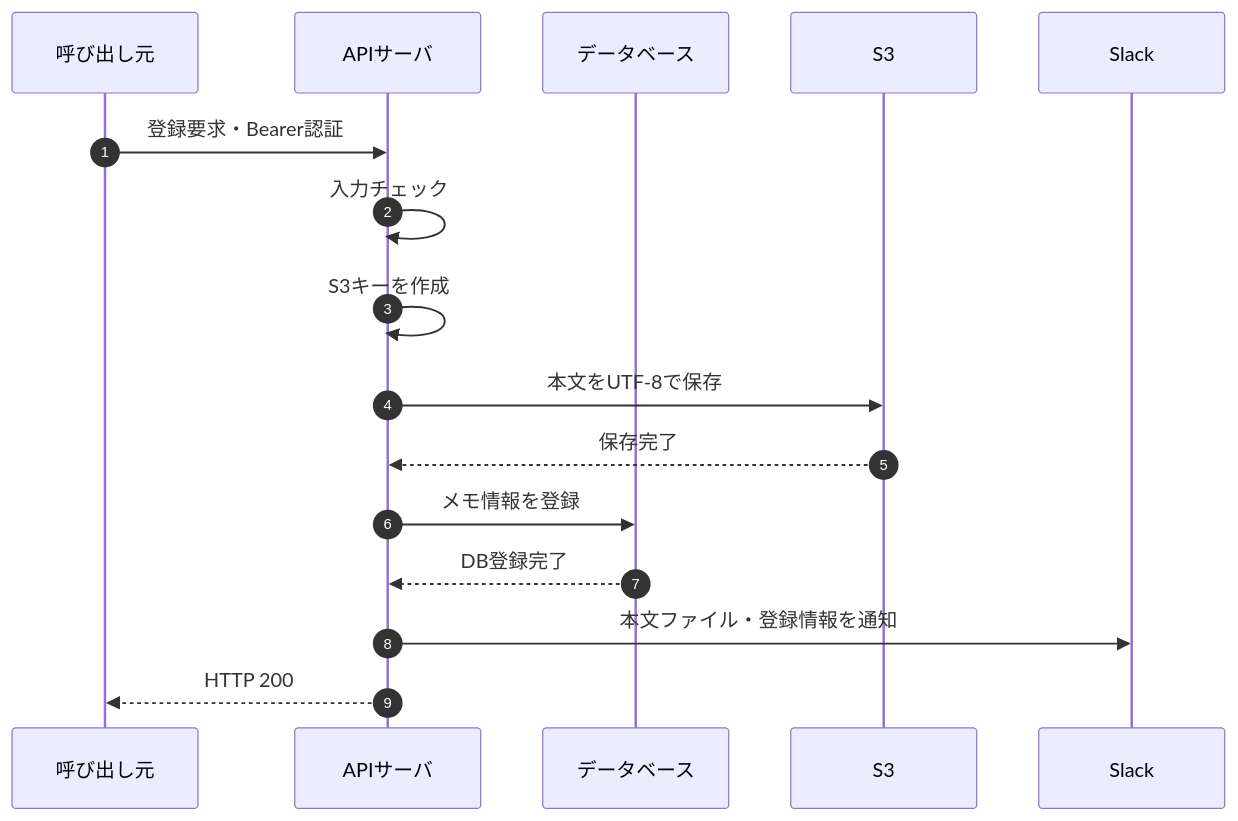
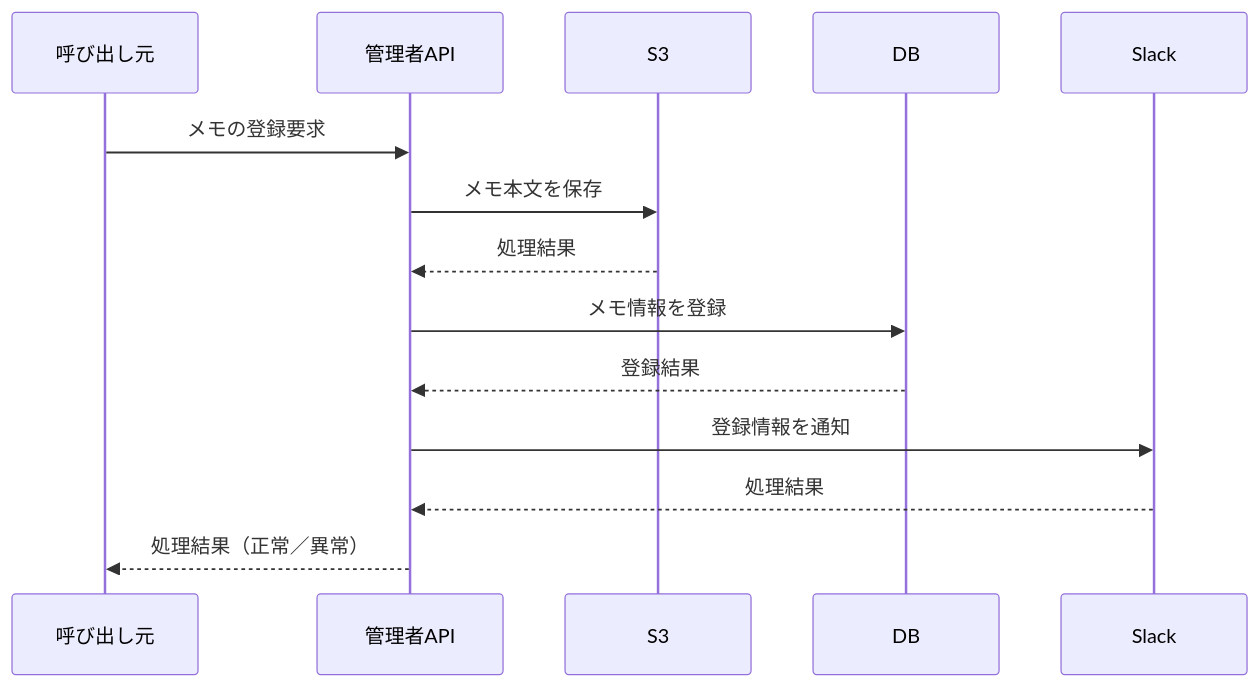
Before and after one commit to kohei-okazaki/work-3g: the first of 2 diagrams in ha-docs/design/05_rootapi/設計書_5.7.2.メモ情報登録API.md, drawn with Mermaid. The commit also changed other lines of this file and 67 other files, not shown here.

````diff
--- a/ha-docs/design/05_rootapi/設計書_5.7.2.メモ情報登録API.md
+++ b/ha-docs/design/05_rootapi/設計書_5.7.2.メモ情報登録API.md
@@ -105,18 +10,16 @@
 ```mermaid
 sequenceDiagram
-    autonumber
-    participant Client as 呼び出し元
-    participant API as APIサーバ
-    participant DB as データベース
-    participant S3 as S3
-    participant Slack as Slack
-    Client->>API: 登録要求・Bearer認証
-    API->>API: 入力チェック
-    API->>API: S3キーを作成
-    API->>S3: 本文をUTF-8で保存
-    S3-->>API: 保存完了
-    API->>DB: メモ情報を登録
-    DB-->>API: DB登録完了
-    API->>Slack: 本文ファイル・登録情報を通知
-    API-->>Client: HTTP 200
+    participant C as 呼び出し元
+    participant A as 管理者API
+    participant S as S3
+    participant D as DB
+    participant N as Slack
+    C->>A: メモの登録要求
+    A->>S: メモ本文を保存
+    S-->>A: 処理結果
+    A->>D: メモ情報を登録
+    D-->>A: 登録結果
+    A->>N: 登録情報を通知
+    N-->>A: 処理結果
+    A-->>C: 処理結果（正常／異常）
 ```
````
